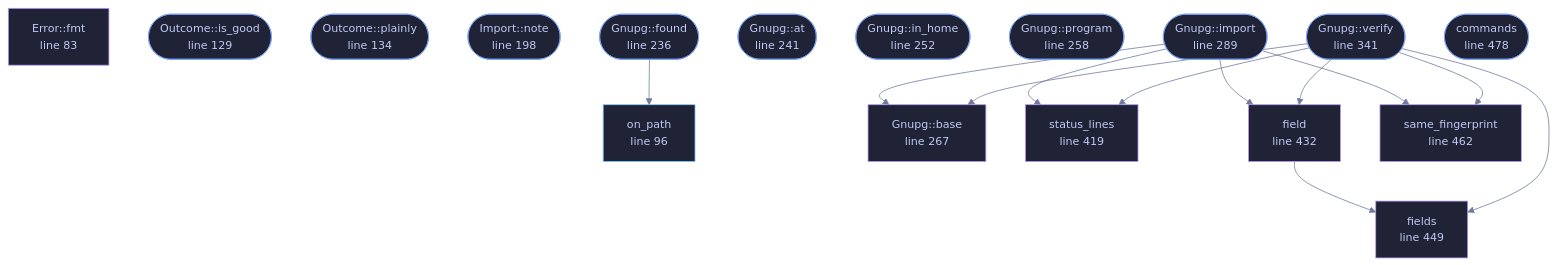
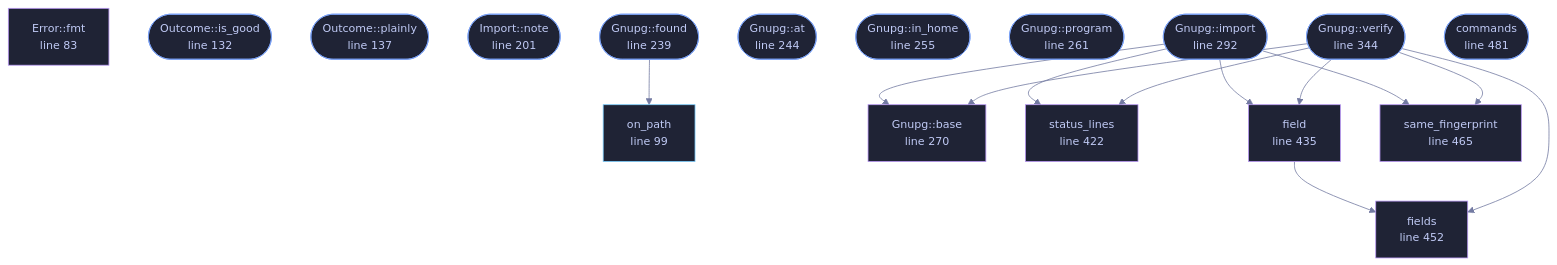
One commit to tilas01/veilvoice changed the diagram in wiki/File-veilvoice-gnupg-lib.md. Above: the diagram before and after it, drawn with Mermaid. The commit also changed other lines of this file and 94 other files, not shown here.

````diff
--- a/wiki/File-veilvoice-gnupg-lib.md
+++ b/wiki/File-veilvoice-gnupg-lib.md
@@ -123,55 +123,55 @@
 ```mermaid
 %%{init: {"theme":"base","themeVariables":{"background":"#1a1b26","primaryColor":"#1f2335","primaryTextColor":"#c0caf5","primaryBorderColor":"#7aa2f7","secondaryColor":"#16161e","tertiaryColor":"#16161e","lineColor":"#737aa2","textColor":"#c0caf5","mainBkg":"#1f2335","nodeBorder":"#7aa2f7","clusterBkg":"#16161e","clusterBorder":"#2f3549","fontFamily":"ui-monospace, SFMono-Regular, Consolas, monospace","fontSize":"14px"}}}%%
 flowchart TD
     n_fmt["Error::fmt<br/>line 83"]
-    n_on_path["on_path<br/>line 96"]
-    n_is_good(["Outcome::is_good<br/>line 129"])
-    n_plainly(["Outcome::plainly<br/>line 134"])
-    n_note(["Import::note<br/>line 198"])
-    n_found(["Gnupg::found<br/>line 236"])
-    n_at(["Gnupg::at<br/>line 241"])
-    n_in_home(["Gnupg::in_home<br/>line 252"])
-    n_program(["Gnupg::program<br/>line 258"])
-    n_base["Gnupg::base<br/>line 267"]
-    n_import(["Gnupg::import<br/>line 289"])
-    n_verify(["Gnupg::verify<br/>line 341"])
-    n_status_lines["status_lines<br/>line 419"]
-    n_field["field<br/>line 432"]
-    n_fields["fields<br/>line 449"]
-    n_same_fingerprint["same_fingerprint<br/>line 462"]
-    n_commands(["commands<br/>line 478"])
+    n_on_path["on_path<br/>line 99"]
+    n_is_good(["Outcome::is_good<br/>line 132"])
+    n_plainly(["Outcome::plainly<br/>line 137"])
+    n_note(["Import::note<br/>line 201"])
+    n_found(["Gnupg::found<br/>line 239"])
+    n_at(["Gnupg::at<br/>line 244"])
+    n_in_home(["Gnupg::in_home<br/>line 255"])
+    n_program(["Gnupg::program<br/>line 261"])
+    n_base["Gnupg::base<br/>line 270"]
+    n_import(["Gnupg::import<br/>line 292"])
+    n_verify(["Gnupg::verify<br/>line 344"])
+    n_status_lines["status_lines<br/>line 422"]
+    n_field["field<br/>line 435"]
+    n_fields["fields<br/>line 452"]
+    n_same_fingerprint["same_fingerprint<br/>line 465"]
+    n_commands(["commands<br/>line 481"])
     n_field --> n_fields
     n_found --> n_on_path
     n_import --> n_base
     n_import --> n_field
     n_import --> n_same_fingerprint
     n_import --> n_status_lines
     n_verify --> n_base
     n_verify --> n_field
     n_verify --> n_fields
     n_verify --> n_same_fingerprint
     n_verify --> n_status_lines
     click n_fmt href "https://github.com/tilas01/veilvoice/blob/main/crates/veilvoice-gnupg/src/lib.rs#L83" "open the source"
-    click n_on_path href "https://github.com/tilas01/veilvoice/blob/main/crates/veilvoice-gnupg/src/lib.rs#L96" "open the source"
-    click n_is_good href "https://github.com/tilas01/veilvoice/blob/main/crates/veilvoice-gnupg/src/lib.rs#L129" "open the source"
-    click n_plainly href "https://github.com/tilas01/veilvoice/blob/main/crates/veilvoice-gnupg/src/lib.rs#L134" "open the source"
-    click n_note href "https://github.com/tilas01/veilvoice/blob/main/crates/veilvoice-gnupg/src/lib.rs#L198" "open the source"
-    click n_found href "https://github.com/tilas01/veilvoice/blob/main/crates/veilvoice-gnupg/src/lib.rs#L236" "open the source"
-    click n_at href "https://github.com/tilas01/veilvoice/blob/main/crates/veilvoice-gnupg/src/lib.rs#L241" "open the source"
-    click n_in_home href "https://github.com/tilas01/veilvoice/blob/main/crates/veilvoice-gnupg/src/lib.rs#L252" "open the source"
-    click n_program href "https://github.com/tilas01/veilvoice/blob/main/crates/veilvoice-gnupg/src/lib.rs#L258" "open the source"
-    click n_base href "https://github.com/tilas01/veilvoice/blob/main/crates/veilvoice-gnupg/src/lib.rs#L267" "open the source"
-    click n_import href "https://github.com/tilas01/veilvoice/blob/main/crates/veilvoice-gnupg/src/lib.rs#L289" "open the source"
-    click n_verify href "https://github.com/tilas01/veilvoice/blob/main/crates/veilvoice-gnupg/src/lib.rs#L341" "open the source"
-    click n_status_lines href "https://github.com/tilas01/veilvoice/blob/main/crates/veilvoice-gnupg/src/lib.rs#L419" "open the source"
-    click n_field href "https://github.com/tilas01/veilvoice/blob/main/crates/veilvoice-gnupg/src/lib.rs#L432" "open the source"
-    click n_fields href "https://github.com/tilas01/veilvoice/blob/main/crates/veilvoice-gnupg/src/lib.rs#L449" "open the source"
-    click n_same_fingerprint href "https://github.com/tilas01/veilvoice/blob/main/crates/veilvoice-gnupg/src/lib.rs#L462" "open the source"
-    click n_commands href "https://github.com/tilas01/veilvoice/blob/main/crates/veilvoice-gnupg/src/lib.rs#L478" "open the source"
+    click n_on_path href "https://github.com/tilas01/veilvoice/blob/main/crates/veilvoice-gnupg/src/lib.rs#L99" "open the source"
+    click n_is_good href "https://github.com/tilas01/veilvoice/blob/main/crates/veilvoice-gnupg/src/lib.rs#L132" "open the source"
+    click n_plainly href "https://github.com/tilas01/veilvoice/blob/main/crates/veilvoice-gnupg/src/lib.rs#L137" "open the source"
+    click n_note href "https://github.com/tilas01/veilvoice/blob/main/crates/veilvoice-gnupg/src/lib.rs#L201" "open the source"
+    click n_found href "https://github.com/tilas01/veilvoice/blob/main/crates/veilvoice-gnupg/src/lib.rs#L239" "open the source"
+    click n_at href "https://github.com/tilas01/veilvoice/blob/main/crates/veilvoice-gnupg/src/lib.rs#L244" "open the source"
+    click n_in_home href "https://github.com/tilas01/veilvoice/blob/main/crates/veilvoice-gnupg/src/lib.rs#L255" "open the source"
+    click n_program href "https://github.com/tilas01/veilvoice/blob/main/crates/veilvoice-gnupg/src/lib.rs#L261" "open the source"
+    click n_base href "https://github.com/tilas01/veilvoice/blob/main/crates/veilvoice-gnupg/src/lib.rs#L270" "open the source"
+    click n_import href "https://github.com/tilas01/veilvoice/blob/main/crates/veilvoice-gnupg/src/lib.rs#L292" "open the source"
+    click n_verify href "https://github.com/tilas01/veilvoice/blob/main/crates/veilvoice-gnupg/src/lib.rs#L344" "open the source"
+    click n_status_lines href "https://github.com/tilas01/veilvoice/blob/main/crates/veilvoice-gnupg/src/lib.rs#L422" "open the source"
+    click n_field href "https://github.com/tilas01/veilvoice/blob/main/crates/veilvoice-gnupg/src/lib.rs#L435" "open the source"
+    click n_fields href "https://github.com/tilas01/veilvoice/blob/main/crates/veilvoice-gnupg/src/lib.rs#L452" "open the source"
+    click n_same_fingerprint href "https://github.com/tilas01/veilvoice/blob/main/crates/veilvoice-gnupg/src/lib.rs#L465" "open the source"
+    click n_commands href "https://github.com/tilas01/veilvoice/blob/main/crates/veilvoice-gnupg/src/lib.rs#L481" "open the source"
     classDef entry fill:#1f2335,stroke:#7aa2f7,color:#c0caf5
     class n_is_good,n_plainly,n_note,n_found,n_at,n_in_home,n_program,n_import,n_verify,n_commands entry
     classDef api fill:#1f2335,stroke:#7dcfff,color:#c0caf5
     class n_on_path api
     classDef helper fill:#1f2335,stroke:#bb9af7,color:#c0caf5
     class n_fmt,n_base,n_status_lines,n_field,n_fields,n_same_fingerprint helper
 ```
````
